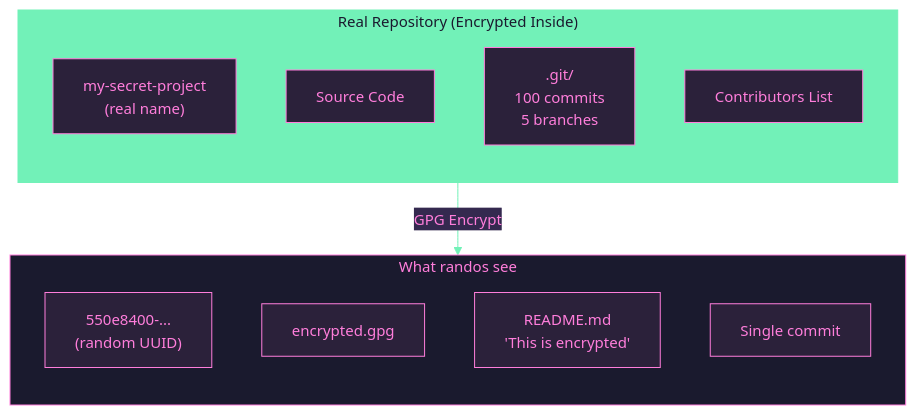
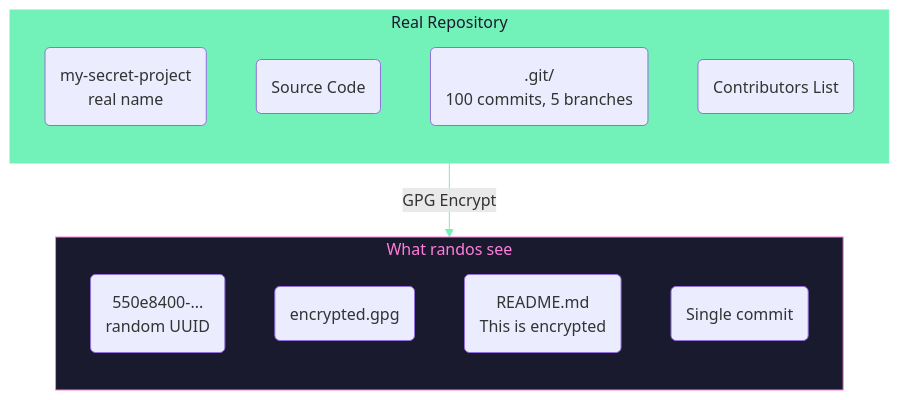
The fourth of 6 diagrams in README.md (haKC-ai/gitcloakd), drawn with Mermaid before and after one commit. The commit also changed other lines of this file, not shown here.

````diff
--- a/README.md
+++ b/README.md
@@ -259,24 +312,25 @@
 ```mermaid
-%%{init: {'theme': 'base', 'themeVariables': { 'fontFamily': 'Lato', 'fontSize': '15px', 'primaryColor': '#2b213a', 'primaryTextColor': '#ff7edb', 'primaryBorderColor': '#ff7edb', 'lineColor': '#72f1b8', 'secondaryColor': '#34294f', 'tertiaryColor': '#1a1a2e' }}}%%
 flowchart TB
-    subgraph Real["Real Repository (Encrypted Inside)"]
+    subgraph Real["Real Repository"]
         direction TB
-        R_NAME["my-secret-project<br/>(real name)"]
-        R_CODE["Source Code"]
-        R_GIT[".git/<br/>100 commits<br/>5 branches"]
-        R_AUTHORS["Contributors List"]
+        R_NAME("my-secret-project<br/>real name")
+        R_CODE("Source Code")
+        R_GIT(".git/<br/>100 commits, 5 branches")
+        R_AUTHORS("Contributors List")
     end
 
     subgraph Visible["What randos see"]
         direction TB
-        V_UUID["550e8400-...<br/>(random UUID)"]
-        V_BLOB["encrypted.gpg"]
-        V_README["README.md<br/>'This is encrypted'"]
-        V_GIT["Single commit"]
+        V_UUID("550e8400-...<br/>random UUID")
+        V_BLOB("encrypted.gpg")
+        V_README("README.md<br/>This is encrypted")
+        V_GIT("Single commit")
     end
 
     Real -->|"GPG Encrypt"| Visible
 
     style Real fill:#72f1b8,stroke:#72f1b8,color:#1a1a2e
     style Visible fill:#1a1a2e,stroke:#ff7edb,color:#ff7edb
+
+    linkStyle 0 stroke:#72f1b8
 ```
````
